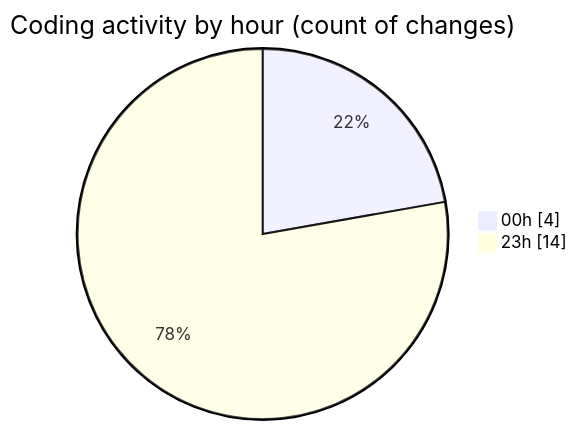
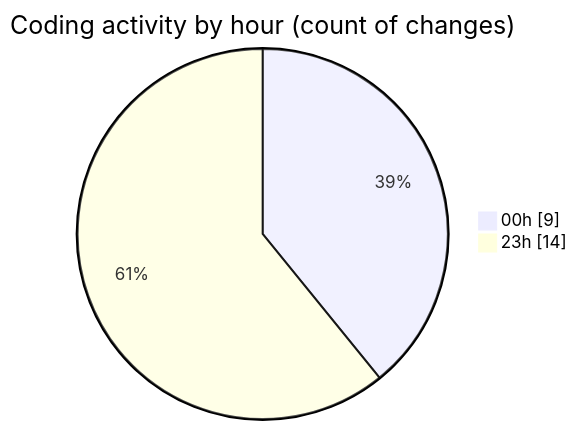
The second of 2 diagrams in 2025-08-20/quytuthien_vn/README.md (lephambinh05/code-tracking), drawn with Mermaid before and after one commit. The commit also changed other lines of this file and 1 other file, not shown here.

````diff
--- a/2025-08-20/quytuthien_vn/README.md
+++ b/2025-08-20/quytuthien_vn/README.md
@@ -38,6 +41,6 @@
 ```mermaid
 pie showData
 title Coding activity by hour (count of changes)
-"00h" : 4
+"00h" : 9
 "23h" : 14
 ```
````
